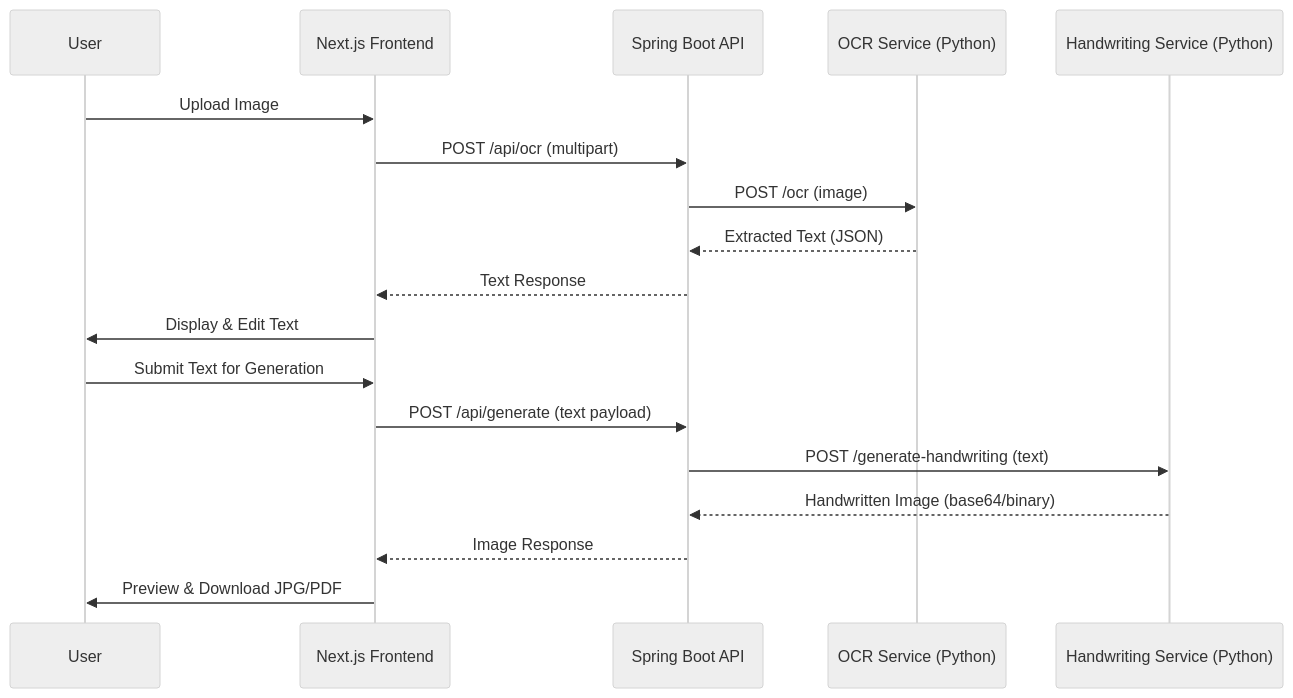
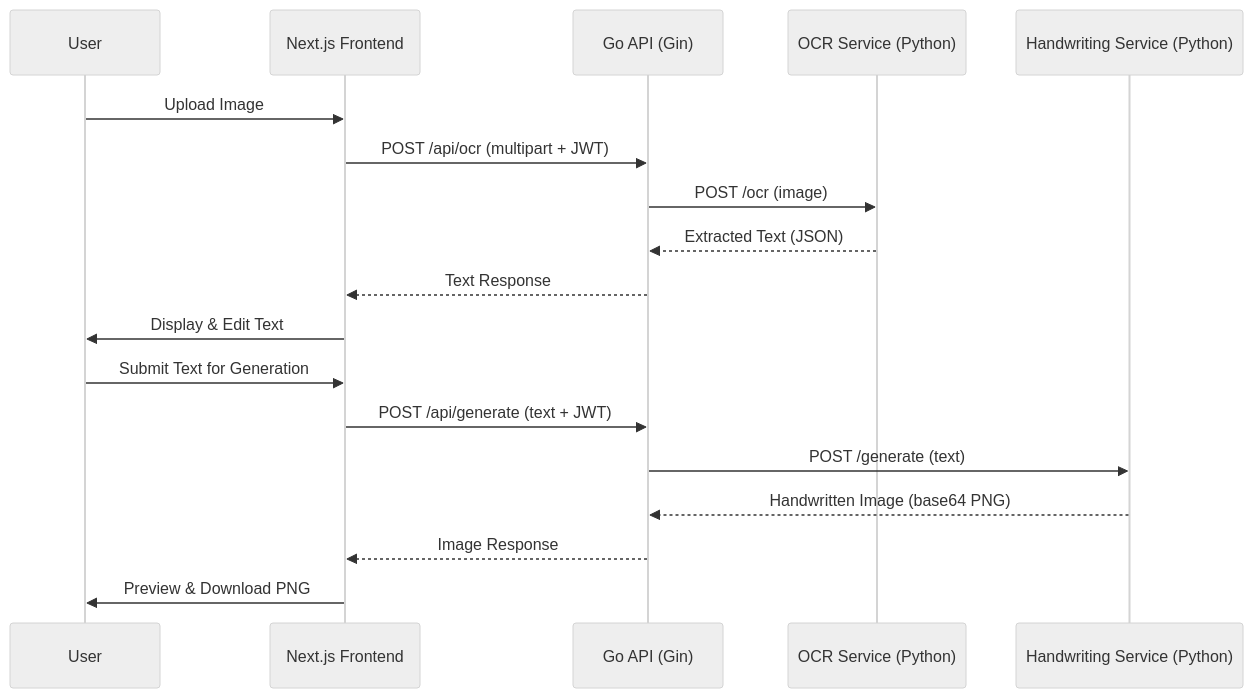
One commit to rookiecoder910/Paperly changed the diagram in readme.md. Above: the diagram before and after it, drawn with Mermaid (neutral theme). The commit also changed other lines of this file and 1 other file, not shown here.

Commit message:
go backend add

````diff
--- a/readme.md
+++ b/readme.md
@@ -163,22 +198,22 @@
 ```mermaid
 sequenceDiagram
     participant User
     participant Frontend as Next.js Frontend
-    participant Backend as Spring Boot API
+    participant Backend as Go API (Gin)
     participant OCR as OCR Service (Python)
     participant HW as Handwriting Service (Python)
 
     User->>Frontend: Upload Image
-    Frontend->>Backend: POST /api/ocr (multipart)
+    Frontend->>Backend: POST /api/ocr (multipart + JWT)
     Backend->>OCR: POST /ocr (image)
     OCR-->>Backend: Extracted Text (JSON)
     Backend-->>Frontend: Text Response
     Frontend->>User: Display & Edit Text
 
     User->>Frontend: Submit Text for Generation
-    Frontend->>Backend: POST /api/generate (text payload)
-    Backend->>HW: POST /generate-handwriting (text)
-    HW-->>Backend: Handwritten Image (base64/binary)
+    Frontend->>Backend: POST /api/generate (text + JWT)
+    Backend->>HW: POST /generate (text)
+    HW-->>Backend: Handwritten Image (base64 PNG)
     Backend-->>Frontend: Image Response
-    Frontend->>User: Preview & Download JPG/PDF
+    Frontend->>User: Preview & Download PNG
 ```
````
